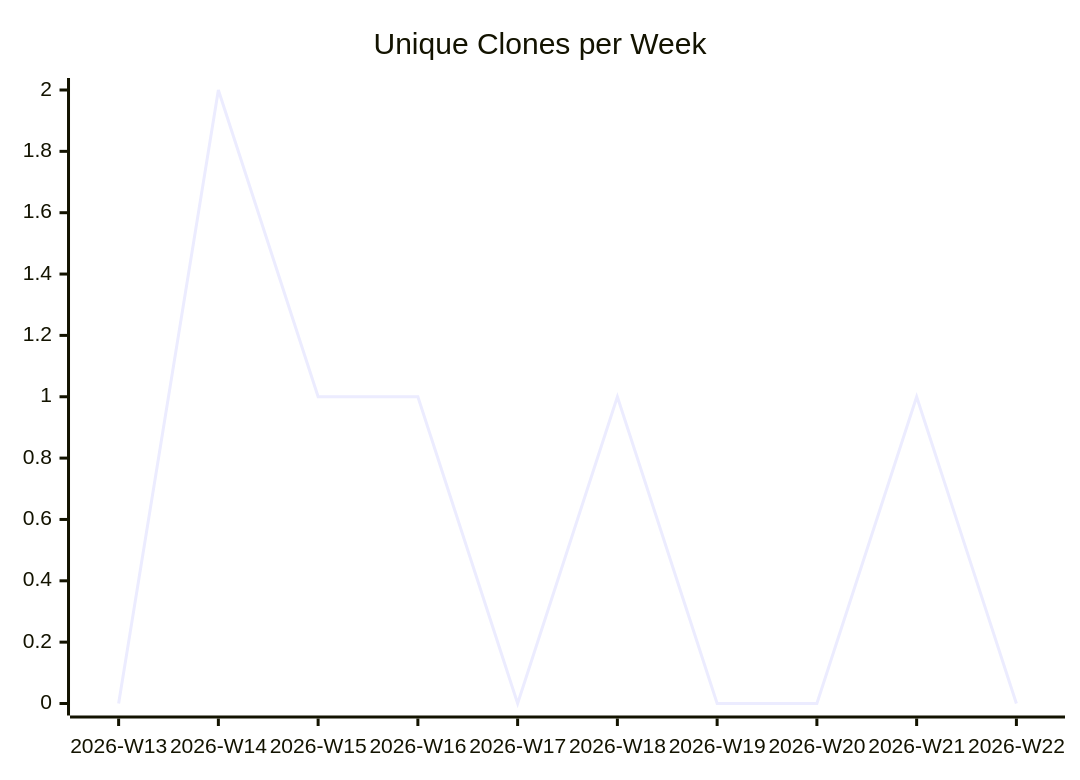
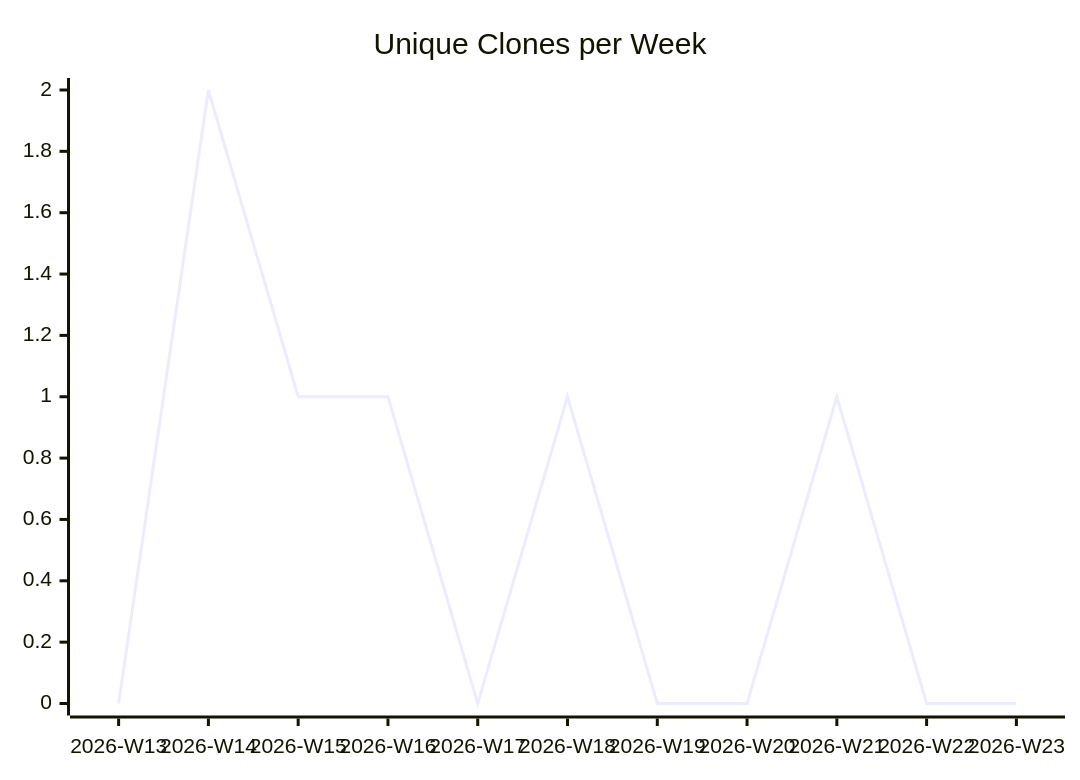
One commit to justdavis-family/github-analytics-data changed the third of 3 diagrams in karlmdavis/todoist-ai/README.md. Above: the diagram before and after it, drawn with Mermaid. The commit also changed other lines of this file and 186 other files, not shown here.

````diff
--- a/karlmdavis/todoist-ai/README.md
+++ b/karlmdavis/todoist-ai/README.md
@@ -19,6 +19,6 @@
 ```mermaid
 xychart-beta
   title "Unique Clones per Week"
-  x-axis ["2026-W13", "2026-W14", "2026-W15", "2026-W16", "2026-W17", "2026-W18", "2026-W19", "2026-W20", "2026-W21", "2026-W22"]
-  line [0, 2, 1, 1, 0, 1, 0, 0, 1, 0]
+  x-axis ["2026-W13", "2026-W14", "2026-W15", "2026-W16", "2026-W17", "2026-W18", "2026-W19", "2026-W20", "2026-W21", "2026-W22", "2026-W23"]
+  line [0, 2, 1, 1, 0, 1, 0, 0, 1, 0, 0]
 ```
````
